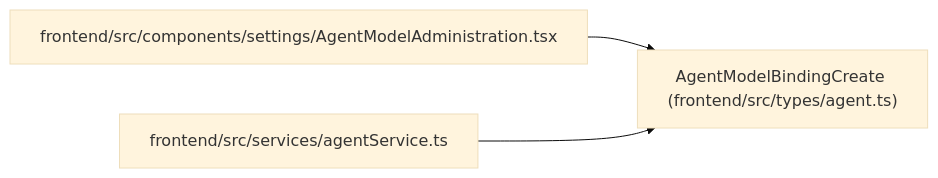
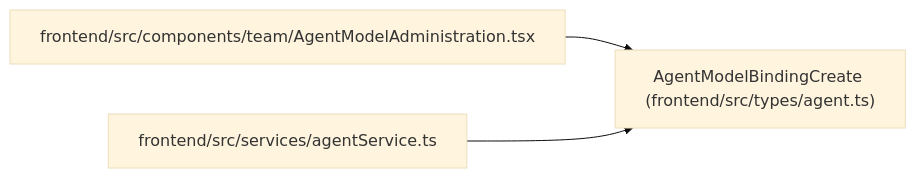
The diagram in docs/llm_wiki/entities/types_agent_AgentModelBindingCreate.md (Denissvgn/WorkChord), drawn with Mermaid (base theme) before and after one commit. The commit also changed 2373 other files, not shown here.

````diff
--- a/docs/llm_wiki/entities/types_agent_AgentModelBindingCreate.md
+++ b/docs/llm_wiki/entities/types_agent_AgentModelBindingCreate.md
@@ -31,11 +31,11 @@
 ```mermaid
 flowchart LR
     n0["AgentModelBindingCreate (frontend/src/types/agent.ts)"]
-    n1["frontend/src/components/settings/AgentModelAdministration.tsx"]
+    n1["frontend/src/components/team/AgentModelAdministration.tsx"]
     n2["frontend/src/services/agentService.ts"]
     n1 --> n0
     n2 --> n0
     click n0 "../modules/types_agent.md"
     click n1 "../modules/AgentModelAdministration.md"
     click n2 "../modules/agentService.md"
 ```
````
